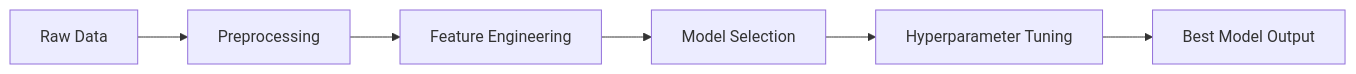
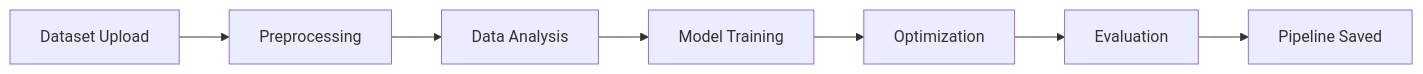
One commit to Manthan27525/AutoDML changed the diagram in README.md. Above: the diagram before and after it, drawn with Mermaid. The commit also changed other lines of this file, not shown here.

````diff
--- a/README.md
+++ b/README.md
@@ -34,15 +61,9 @@
 ```mermaid
-
 flowchart LR
-
-    A[Raw Data] --> B[Preprocessing]
-
-    B --> C[Feature Engineering]
-
-    C --> D[Model Selection]
-
-    D --> E[Hyperparameter Tuning]
-
-    E --> F[Best Model Output]
-
+    A[Dataset Upload] --> B[Preprocessing]
+    B --> C[Data Analysis]
+    C --> D[Model Training]
+    D --> E[Optimization]
+    E --> F[Evaluation]
+    F --> G[Pipeline Saved]
 ```
````
